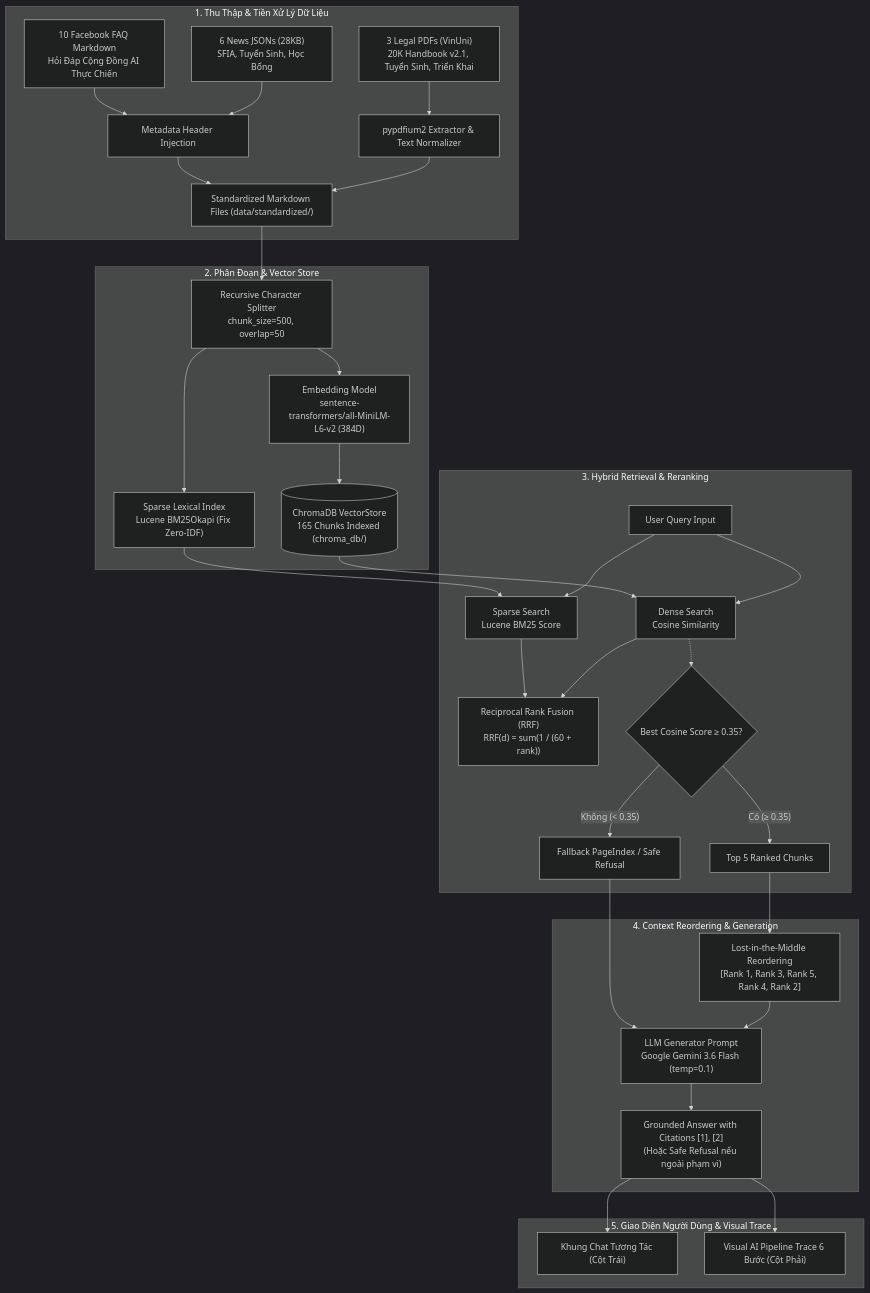
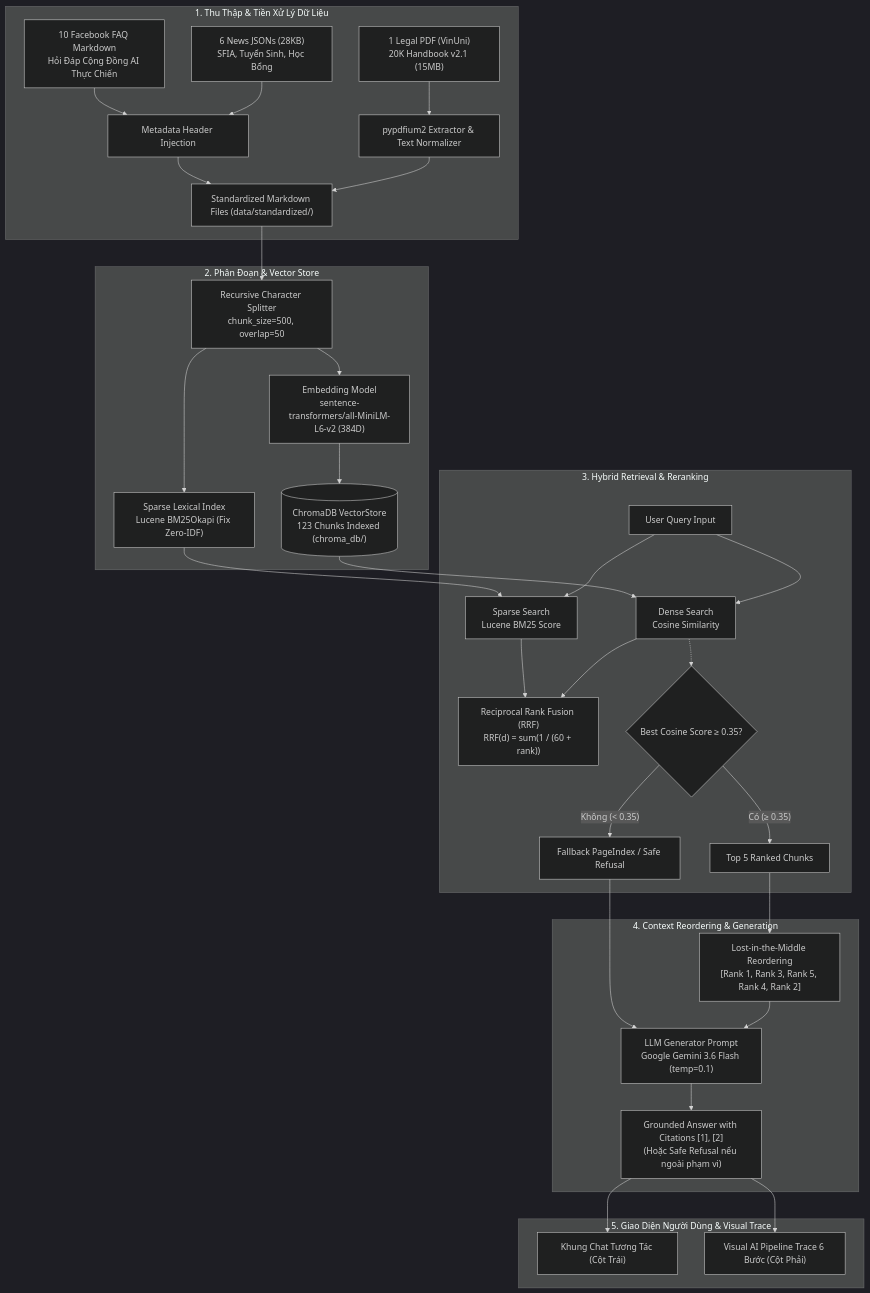
One commit to Dokhacgiakhoa/K4-L3A-RAG-Pipeline-Vinonymus changed the diagram in README.md. Above: the diagram before and after it, drawn with Mermaid (dark theme). The commit also changed other lines of this file and 8 other files, not shown here.

Commit message:
refactor(corpus): enforce authentic data policy with single official handbook pdf and 123 chunks

````diff
--- a/README.md
+++ b/README.md
@@ -55,41 +55,41 @@
 ```mermaid
 flowchart TD
     subgraph INGESTION ["1. Thu Thập & Tiền Xử Lý Dữ Liệu"]
-        A1["3 Legal PDFs (VinUni)<br/>20K Handbook v2.1, Tuyển Sinh, Triển Khai"] --> B1["pypdfium2 Extractor & Text Normalizer"]
+        A1["1 Legal PDF (VinUni)<br/>20K Handbook v2.1 (15MB)"] --> B1["pypdfium2 Extractor & Text Normalizer"]
         A2["6 News JSONs (28KB)<br/>SFIA, Tuyển Sinh, Học Bổng"] --> B2["Metadata Header Injection"]
         A3["10 Facebook FAQ Markdown<br/>Hỏi Đáp Cộng Đồng AI Thực Chiến"] --> B2
         B1 --> C["Standardized Markdown Files (data/standardized/)"]
         B2 --> C
     end
 
     subgraph INDEXING ["2. Phân Đoạn & Vector Store"]
         C --> D["Recursive Character Splitter<br/>chunk_size=500, overlap=50"]
         D --> E["Embedding Model<br/>sentence-transformers/all-MiniLM-L6-v2 (384D)"]
-        E --> F[("ChromaDB VectorStore<br/>165 Chunks Indexed (chroma_db/)")]
+        E --> F[("ChromaDB VectorStore<br/>123 Chunks Indexed (chroma_db/)")]
         D --> G["Sparse Lexical Index<br/>Lucene BM25Okapi (Fix Zero-IDF)"]
     end
 
     subgraph RETRIEVAL ["3. Hybrid Retrieval & Reranking"]
         Q["User Query Input"] --> H1["Dense Search<br/>Cosine Similarity"]
         Q --> H2["Sparse Search<br/>Lucene BM25 Score"]
         F --> H1
         G --> H2
         H1 --> I["Reciprocal Rank Fusion (RRF)<br/>RRF(d) = sum(1 / (60 + rank))"]
         H2 --> I
         H1 -.-> K{"Best Cosine Score &ge; 0.35?"}
         K -- "Không (< 0.35)" --> L["Fallback PageIndex / Safe Refusal"]
         K -- "Có (&ge; 0.35)" --> M["Top 5 Ranked Chunks"]
     end
 
     subgraph GENERATION ["4. Context Reordering & Generation"]
         M --> N["Lost-in-the-Middle Reordering<br/>[Rank 1, Rank 3, Rank 5, Rank 4, Rank 2]"]
         N --> O["LLM Generator Prompt<br/>Google Gemini 3.6 Flash (temp=0.1)"]
         L --> O
         O --> P["Grounded Answer with Citations [1], [2]<br/>(Hoặc Safe Refusal nếu ngoài phạm vi)"]
     end
 
     subgraph UI ["5. Giao Diện Người Dùng & Visual Trace"]
         P --> UI1["Khung Chat Tương Tác (Cột Trái)"]
         P --> UI2["Visual AI Pipeline Trace 6 Bước (Cột Phải)"]
     end
 ```
````
